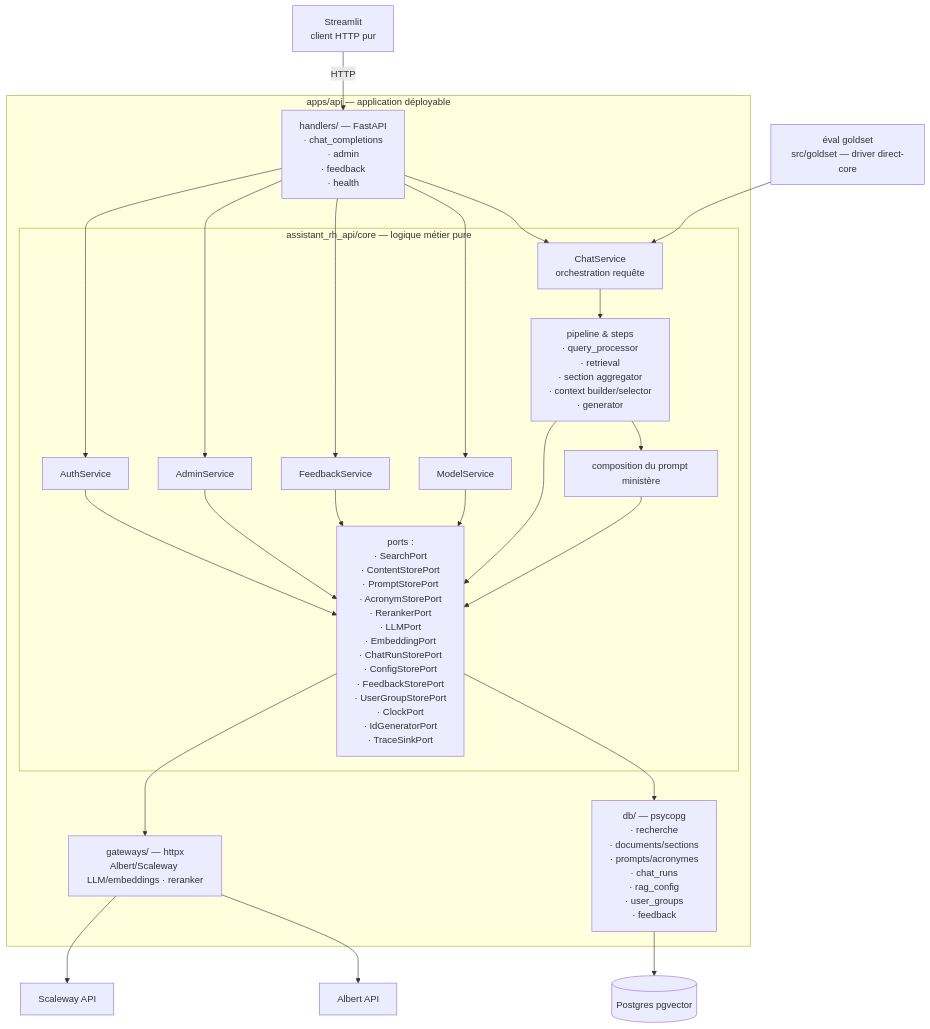
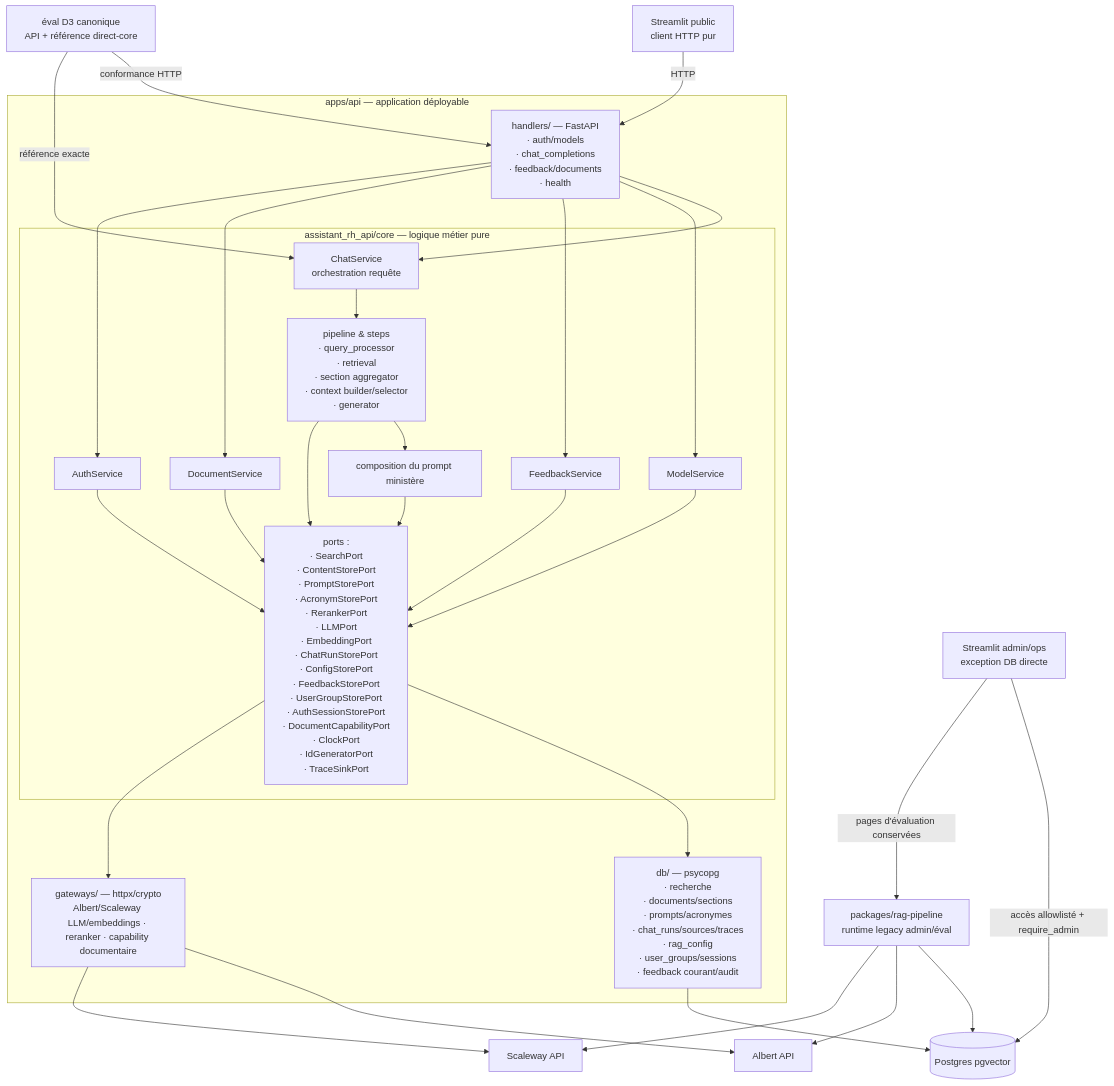
One commit to DGAFP/assistant-rh changed the diagram in docs/architecture/hexagonal-split/01-target-architecture.md. Above: the diagram before and after it, drawn with Mermaid. The commit also changed other lines of this file and 9 other files, not shown here.

First line of the commit message:
docs: arbitrate Streamlit API parity (#469)

````diff
--- a/docs/architecture/hexagonal-split/01-target-architecture.md
+++ b/docs/architecture/hexagonal-split/01-target-architecture.md
@@ -7,48 +7,57 @@
 ```mermaid
 flowchart TB
-    ST[Streamlit<br/>client HTTP pur]
-    EV[éval goldset<br/>src/goldset — driver direct-core]
+    ST[Streamlit public<br/>client HTTP pur]
+    ADMIN[Streamlit admin/ops<br/>exception DB directe]
+    LEGACY[packages/rag-pipeline<br/>runtime legacy admin/éval]
+    EV[éval D3 canonique<br/>API + référence direct-core]
 
     subgraph api ["apps/api — application déployable"]
-        H[handlers/ — FastAPI<br/>· chat_completions <br/> · admin <br/>· feedback <br/> · health]
+        H[handlers/ — FastAPI<br/>· auth/models <br/>· chat_completions <br/>· feedback/documents <br/>· health]
 
         subgraph core ["assistant_rh_api/core — logique métier pure"]
             CS[ChatService<br/>orchestration requête]
             MS[ModelService]
             P[pipeline & steps<br/>· query_processor <br>· retrieval <br/> · section aggregator  <br/> · context builder/selector <br/> · generator]
             PP[composition du prompt ministère]
-            PO[ports :<br/>· SearchPort <br/>· ContentStorePort<br/>· PromptStorePort <br/>· AcronymStorePort<br/>· RerankerPort <br/>· LLMPort <br/>· EmbeddingPort<br/>· ChatRunStorePort <br/>· ConfigStorePort<br/>· FeedbackStorePort<br/>· UserGroupStorePort<br/>· ClockPort<br/>· IdGeneratorPort<br/>· TraceSinkPort]
+            PO[ports :<br/>· SearchPort <br/>· ContentStorePort<br/>· PromptStorePort <br/>· AcronymStorePort<br/>· RerankerPort <br/>· LLMPort <br/>· EmbeddingPort<br/>· ChatRunStorePort <br/>· ConfigStorePort<br/>· FeedbackStorePort<br/>· UserGroupStorePort<br/>· AuthSessionStorePort<br/>· DocumentCapabilityPort<br/>· ClockPort<br/>· IdGeneratorPort<br/>· TraceSinkPort]
 
 
             FS[FeedbackService]
 
-            AS[AdminService]
+            DS[DocumentService]
+
             AU[AuthService]
 
         end
 
-        DB[db/ — psycopg<br/>· recherche <br> · documents/sections <br> · prompts/acronymes<br/> · chat_runs <br> · rag_config <br> · user_groups <br> · feedback]
-        GW[gateways/ — httpx<br/>Albert/Scaleway LLM/embeddings · reranker]
+        DB[db/ — psycopg<br/>· recherche <br> · documents/sections <br/> · prompts/acronymes<br/> · chat_runs/sources/traces <br> · rag_config <br/> · user_groups/sessions <br> · feedback courant/audit]
+        GW[gateways/ — httpx/crypto<br/>Albert/Scaleway LLM/embeddings · reranker · capability documentaire]
     end
 
     ST -->|HTTP| H
     H --> CS
-    EV --> CS
+    EV -->|conformance HTTP| H
+    EV -->|référence exacte| CS
     CS --> P
     P --> PP
     H --> MS
     MS --> PO
     P --> PO
     PP --> PO
     PO --> DB
     PO --> GW
     DB --> PG[(Postgres pgvector)]
+    ADMIN -->|accès allowlisté + require_admin| PG
+    ADMIN -->|pages d'évaluation conservées| LEGACY
+    LEGACY --> PG
+    LEGACY --> ALB
+    LEGACY --> SCW
     GW --> ALB[Albert API]
     GW --> SCW[Scaleway API]
     H --> FS
     FS --> PO
-    H --> AS
-    AS --> PO
+    H --> DS
+    DS --> PO
     H --> AU
     AU --> PO
 ```
````
